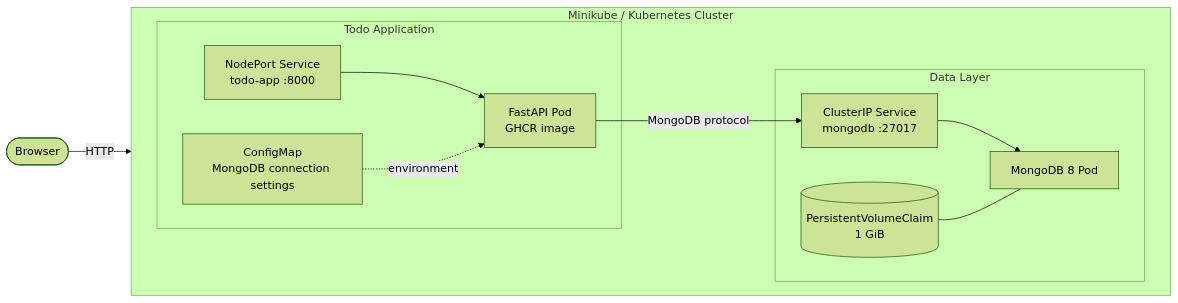
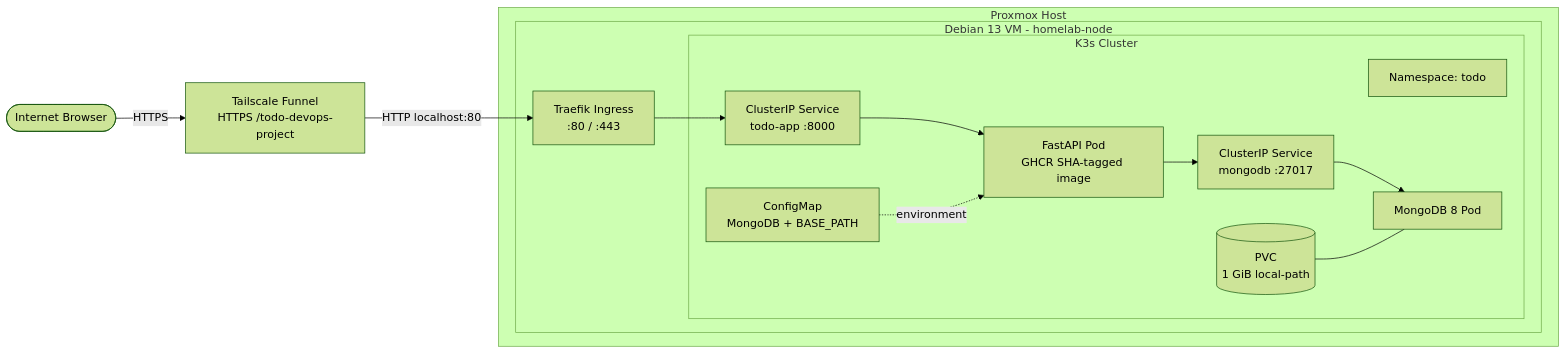
The first of 3 diagrams in README.md (JakubSx01/Todo_DevOps_project), drawn with Mermaid (forest theme) before and after one commit. The commit also changed other lines of this file, not shown here.

Commit message:
Update README for K3s homelab deployment

````diff
--- a/README.md
+++ b/README.md
@@ -48,27 +64,30 @@
 ```mermaid
 flowchart LR
-    U([Browser])
+    U([Internet Browser])
+    TS["Tailscale Funnel\nHTTPS /todo-devops-project"]
 
-    subgraph K8S["Minikube / Kubernetes Cluster"]
-        direction LR
+    subgraph PVE["Proxmox Host"]
+        subgraph VM["Debian 13 VM - homelab-node"]
+            TR["Traefik Ingress\n:80 / :443"]
 
-        subgraph APP["Todo Application"]
-            SVC_APP["NodePort Service<br/>todo-app :8000"]
-            POD_APP["FastAPI Pod<br/>GHCR image"]
-            CFG["ConfigMap<br/>MongoDB connection settings"]
-        end
-
-        subgraph DATA["Data Layer"]
-            SVC_DB["ClusterIP Service<br/>mongodb :27017"]
-            POD_DB["MongoDB 8 Pod"]
-            PVC[("PersistentVolumeClaim<br/>1 GiB")]
+            subgraph K3S["K3s Cluster"]
+                NS["Namespace: todo"]
+                APP_SVC["ClusterIP Service\ntodo-app :8000"]
+                APP["FastAPI Pod\nGHCR SHA-tagged image"]
+                CFG["ConfigMap\nMongoDB + BASE_PATH"]
+                DB_SVC["ClusterIP Service\nmongodb :27017"]
+                DB["MongoDB 8 Pod"]
+                PVC[("PVC\n1 GiB local-path")]
+            end
         end
     end
 
-    U -->|HTTP| SVC_APP
-    SVC_APP --> POD_APP
-    CFG -. environment .-> POD_APP
-    POD_APP -->|MongoDB protocol| SVC_DB
-    SVC_DB --> POD_DB
-    PVC --- POD_DB
+    U -->|HTTPS| TS
+    TS -->|HTTP localhost:80| TR
+    TR --> APP_SVC
+    APP_SVC --> APP
+    CFG -. environment .-> APP
+    APP --> DB_SVC
+    DB_SVC --> DB
+    PVC --- DB
 ```
````
